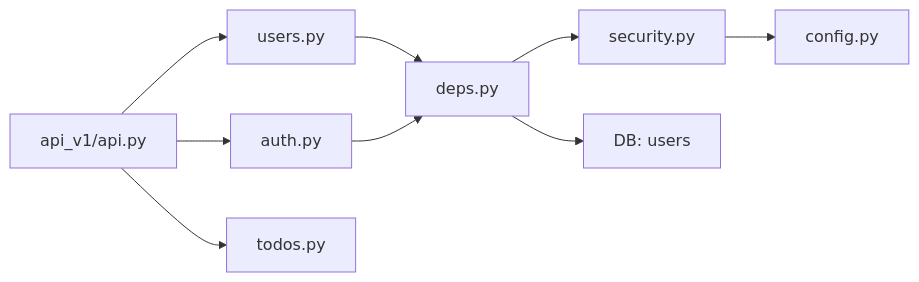
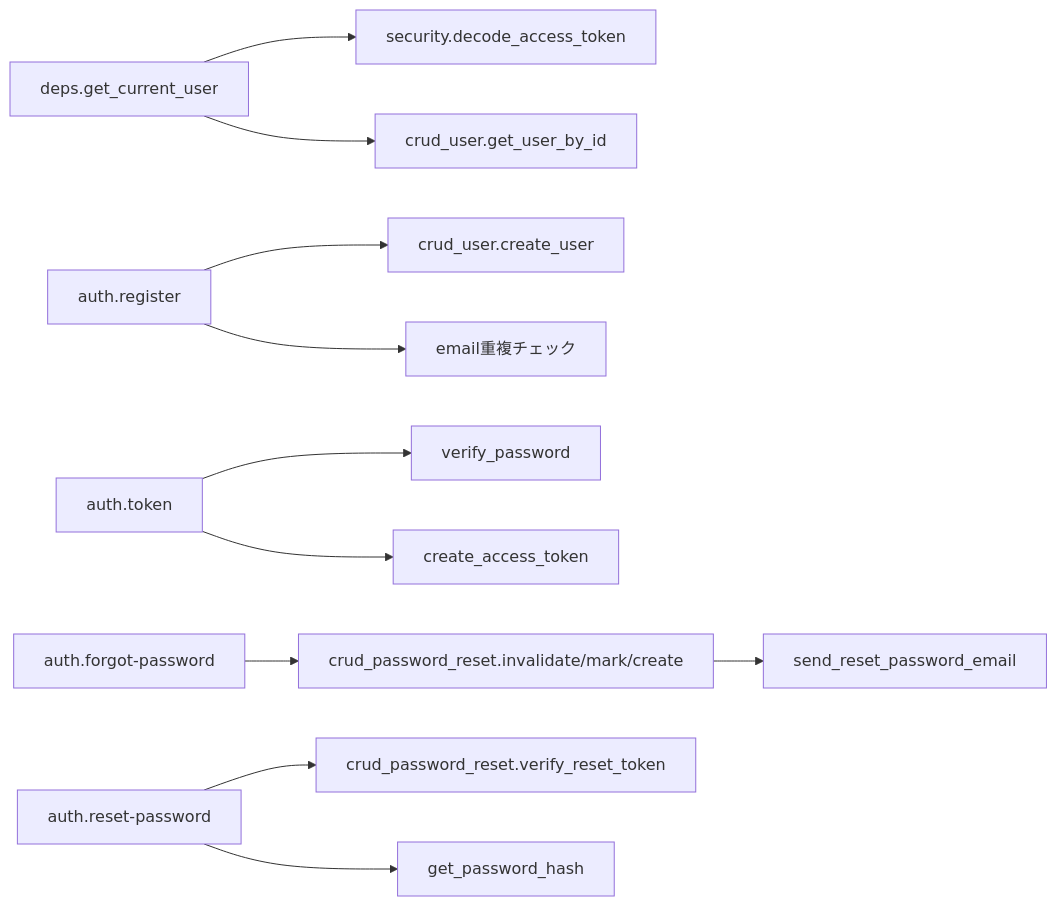
Before and after one commit to ss8806/Todos: the fifth of 5 diagrams in .qoder/repowiki/ja/content/APIリファレンス/ユーザーAPI.md, drawn with Mermaid. The commit also changed other lines of this file and 106 other files, not shown here.

````diff
--- a/.qoder/repowiki/ja/content/APIリファレンス/ユーザーAPI.md
+++ b/.qoder/repowiki/ja/content/APIリファレンス/ユーザーAPI.md
@@ -225,11 +310,13 @@
 ```mermaid
 graph LR
-API["api_v1/api.py"] --> AuthR["auth.py"]
-API --> UsersR["users.py"]
-API --> TodosR["todos.py"]
-UsersR --> Deps["deps.py"]
-AuthR --> Deps
-Deps --> Sec["security.py"]
-Deps --> DB["DB: users"]
-Sec --> Cfg["config.py"]
+D["deps.get_current_user"] --> S["security.decode_access_token"]
+D --> U["crud_user.get_user_by_id"]
+A["auth.register"] --> C["crud_user.create_user"]
+A --> V["email重複チェック"]
+T["auth.token"] --> P["verify_password"]
+T --> J["create_access_token"]
+F["auth.forgot-password"] --> R["crud_password_reset.invalidate/mark/create"]
+R --> M["send_reset_password_email"]
+RP["auth.reset-password"] --> VT["crud_password_reset.verify_reset_token"]
+RP --> HP["get_password_hash"]
 ```
````
